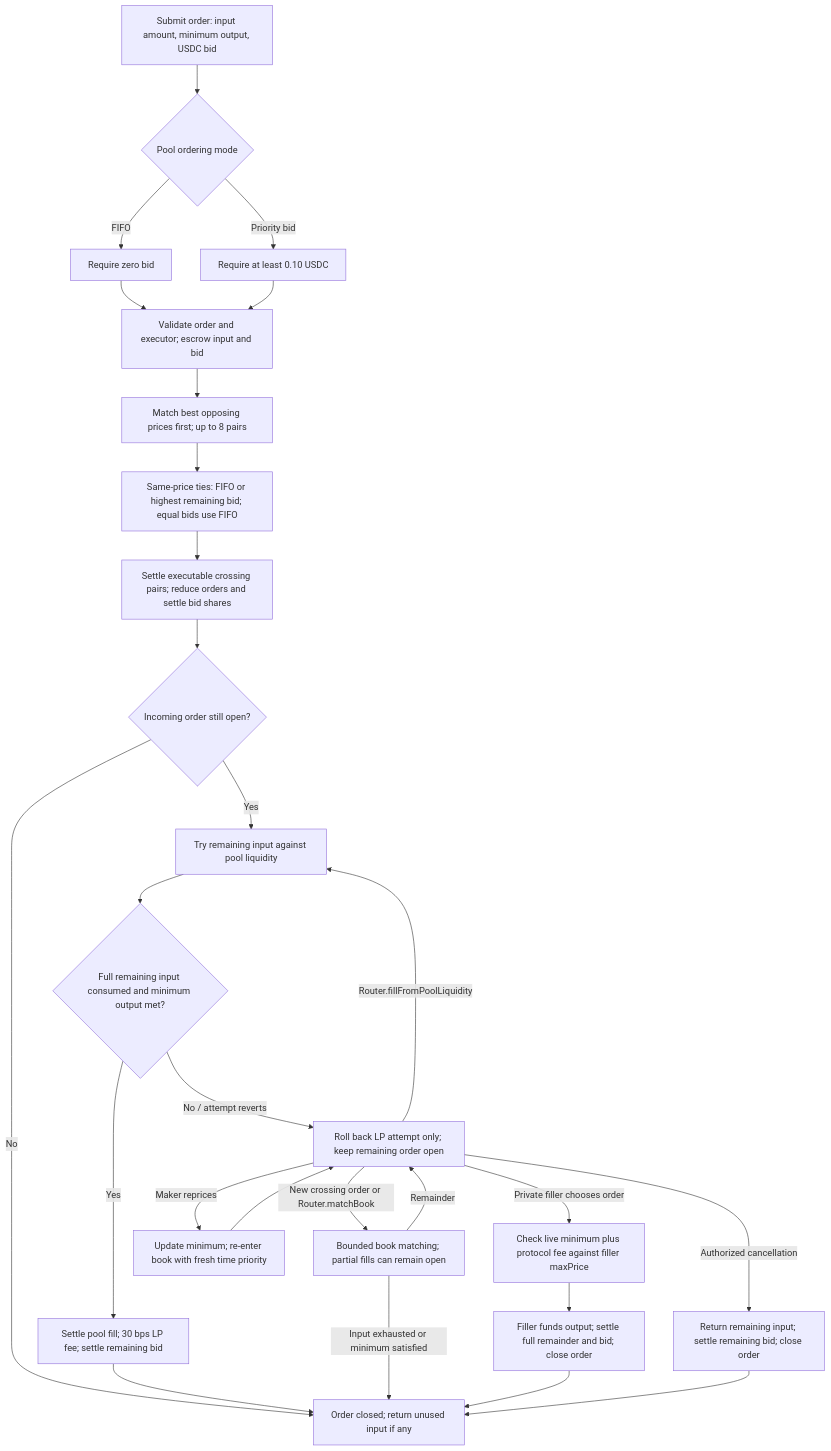
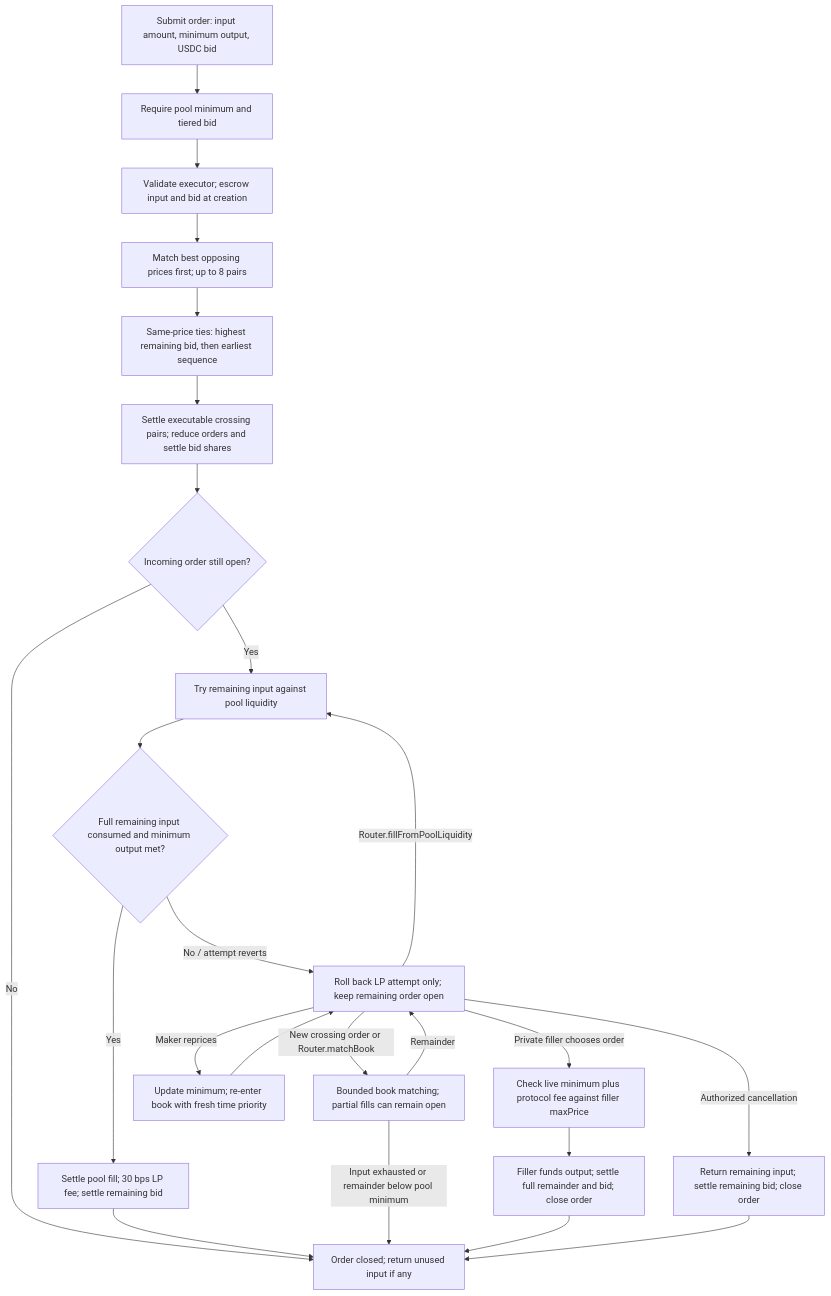
Before and after one commit to asyncswap/contracts: the first of 2 diagrams in docs/order-lifecycle.md, drawn with Mermaid. The commit also changed other lines of this file and 309 other files, not shown here.

````diff
--- a/docs/order-lifecycle.md
+++ b/docs/order-lifecycle.md
@@ -9,29 +9,26 @@
 ```mermaid
 flowchart TD
-    A["Submit order: input amount, minimum output, USDC bid"] --> B{"Pool ordering mode"}
-    B -- "FIFO" --> C["Require zero bid"]
-    B -- "Priority bid" --> D["Require at least 0.10 USDC"]
-    C --> E["Validate order and executor; escrow input and bid"]
-    D --> E
+    A["Submit order: input amount, minimum output, USDC bid"] --> D["Require pool minimum and tiered bid"]
+    D --> E["Validate executor; escrow input and bid at creation"]
     E --> F["Match best opposing prices first; up to 8 pairs"]
-    F --> G["Same-price ties: FIFO or highest remaining bid; equal bids use FIFO"]
+    F --> G["Same-price ties: highest remaining bid, then earliest sequence"]
     G --> H["Settle executable crossing pairs; reduce orders and settle bid shares"]
     H --> I{"Incoming order still open?"}
     I -- "No" --> Z["Order closed; return unused input if any"]
     I -- "Yes" --> J["Try remaining input against pool liquidity"]
     J --> K{"Full remaining input consumed and minimum output met?"}
     K -- "Yes" --> L["Settle pool fill; 30 bps LP fee; settle remaining bid"]
     L --> Z
     K -- "No / attempt reverts" --> M["Roll back LP attempt only; keep remaining order open"]
     M -- "New crossing order or Router.matchBook" --> N["Bounded book matching; partial fills can remain open"]
     N -- "Remainder" --> M
-    N -- "Input exhausted or minimum satisfied" --> Z
+    N -- "Input exhausted or remainder below pool minimum" --> Z
     M -- "Router.fillFromPoolLiquidity" --> J
     M -- "Private filler chooses order" --> O["Check live minimum plus protocol fee against filler maxPrice"]
     O --> P["Filler funds output; settle full remainder and bid; close order"]
     P --> Z
     M -- "Maker reprices" --> Q["Update minimum; re-enter book with fresh time priority"]
     Q --> M
     M -- "Authorized cancellation" --> R["Return remaining input; settle remaining bid; close order"]
     R --> Z
 ```
````
